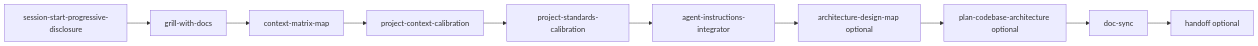
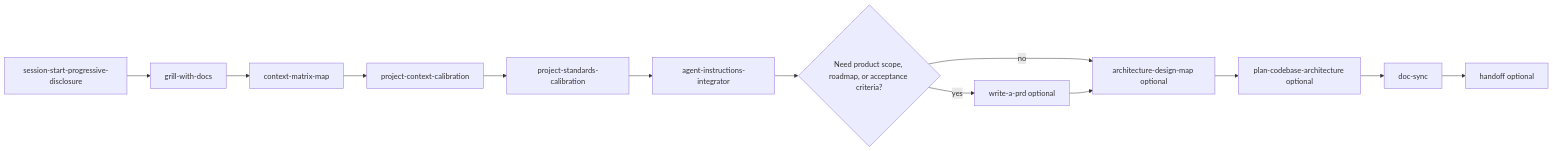
One commit to ZakkFromSource/goated-ai-skills changed the second of 3 diagrams in docs/how-to-use.md. Above: the diagram before and after it, drawn with Mermaid. The commit also changed other lines of this file and 5 other files, not shown here.

First line of the commit message:
Document optional onboarding PRD routing

````diff
--- a/docs/how-to-use.md
+++ b/docs/how-to-use.md
@@ -50,12 +50,15 @@
 ```mermaid
 flowchart LR
   A["session-start-progressive-disclosure"] --> B["grill-with-docs"]
   B --> C["context-matrix-map"]
   C --> D["project-context-calibration"]
   D --> E["project-standards-calibration"]
   E --> F["agent-instructions-integrator"]
-  F --> G["architecture-design-map optional"]
-  G --> H["plan-codebase-architecture optional"]
-  H --> I["doc-sync"]
-  I --> J["handoff optional"]
+  F --> G{"Need product scope, roadmap, or acceptance criteria?"}
+  G -->|yes| H["write-a-prd optional"]
+  G -->|no| I["architecture-design-map optional"]
+  H --> I
+  I --> J["plan-codebase-architecture optional"]
+  J --> K["doc-sync"]
+  K --> L["handoff optional"]
 ```
````
